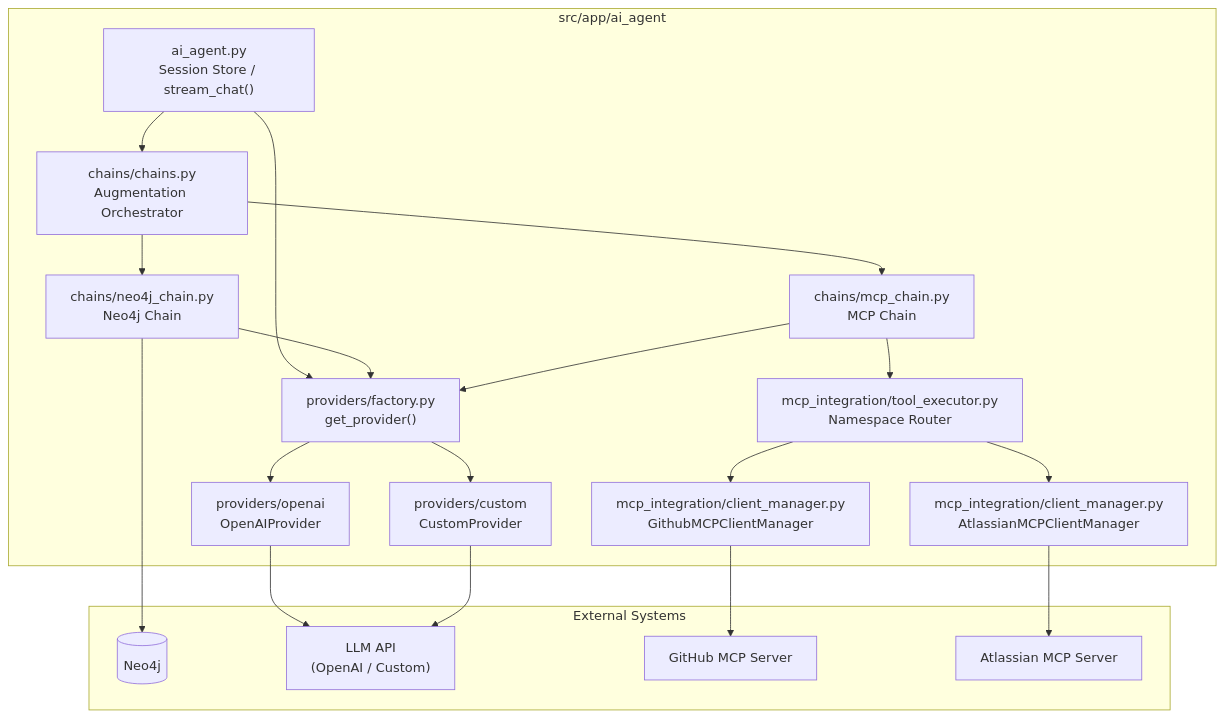
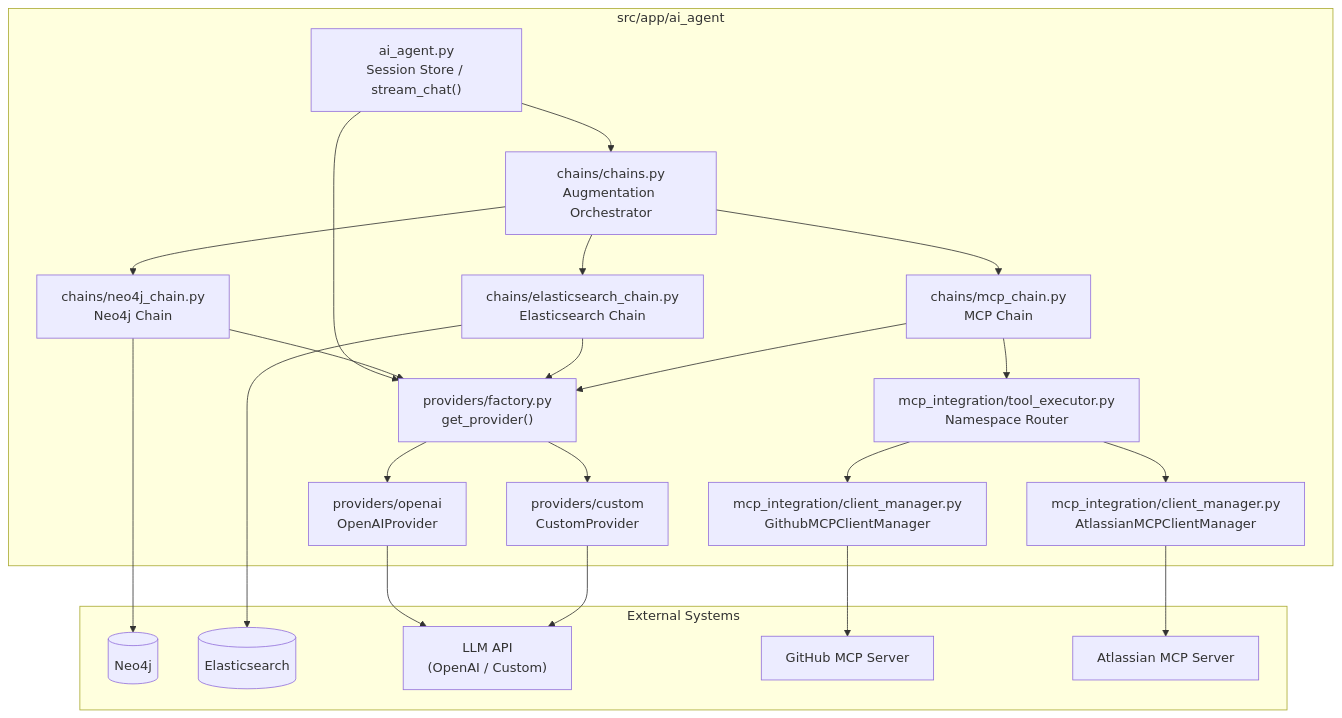
The first of 8 diagrams in docs/design/ai_agent_design_workflow.md (shuvabrata/ai-tech-lead), drawn with Mermaid before and after one commit. The commit also changed other lines of this file and 11 other files, not shown here.

````diff
--- a/docs/design/ai_agent_design_workflow.md
+++ b/docs/design/ai_agent_design_workflow.md
@@ -13,39 +13,44 @@
 ```mermaid
 graph TB
     subgraph Application["src/app/ai_agent"]
         Agent["ai_agent.py<br/>Session Store / stream_chat()"]
         Orchestrator["chains/chains.py<br/>Augmentation Orchestrator"]
         NChain["chains/neo4j_chain.py<br/>Neo4j Chain"]
+        ESChain["chains/elasticsearch_chain.py<br/>Elasticsearch Chain"]
         MChain["chains/mcp_chain.py<br/>MCP Chain"]
         Factory["providers/factory.py<br/>get_provider()"]
         OAI["providers/openai<br/>OpenAIProvider"]
         Custom["providers/custom<br/>CustomProvider"]
         Executor["mcp_integration/tool_executor.py<br/>Namespace Router"]
         GHMgr["mcp_integration/client_manager.py<br/>GithubMCPClientManager"]
         ATLMgr["mcp_integration/client_manager.py<br/>AtlassianMCPClientManager"]
     end
 
     subgraph External["External Systems"]
         Neo4j[("Neo4j")]
+        ES[("Elasticsearch")]
         LLMAPI["LLM API<br/>(OpenAI / Custom)"]
         GitHubMCPSrv["GitHub MCP Server"]
         AtlassianMCPSrv["Atlassian MCP Server"]
     end
 
     Agent --> Orchestrator
     Agent --> Factory
     Orchestrator --> NChain
+    Orchestrator --> ESChain
     Orchestrator --> MChain
     NChain --> Factory
     NChain --> Neo4j
+    ESChain --> Factory
+    ESChain --> ES
     MChain --> Factory
     MChain --> Executor
     Factory --> OAI
     Factory --> Custom
     OAI --> LLMAPI
     Custom --> LLMAPI
     Executor --> GHMgr
     Executor --> ATLMgr
     GHMgr --> GitHubMCPSrv
     ATLMgr --> AtlassianMCPSrv
 ```
````
